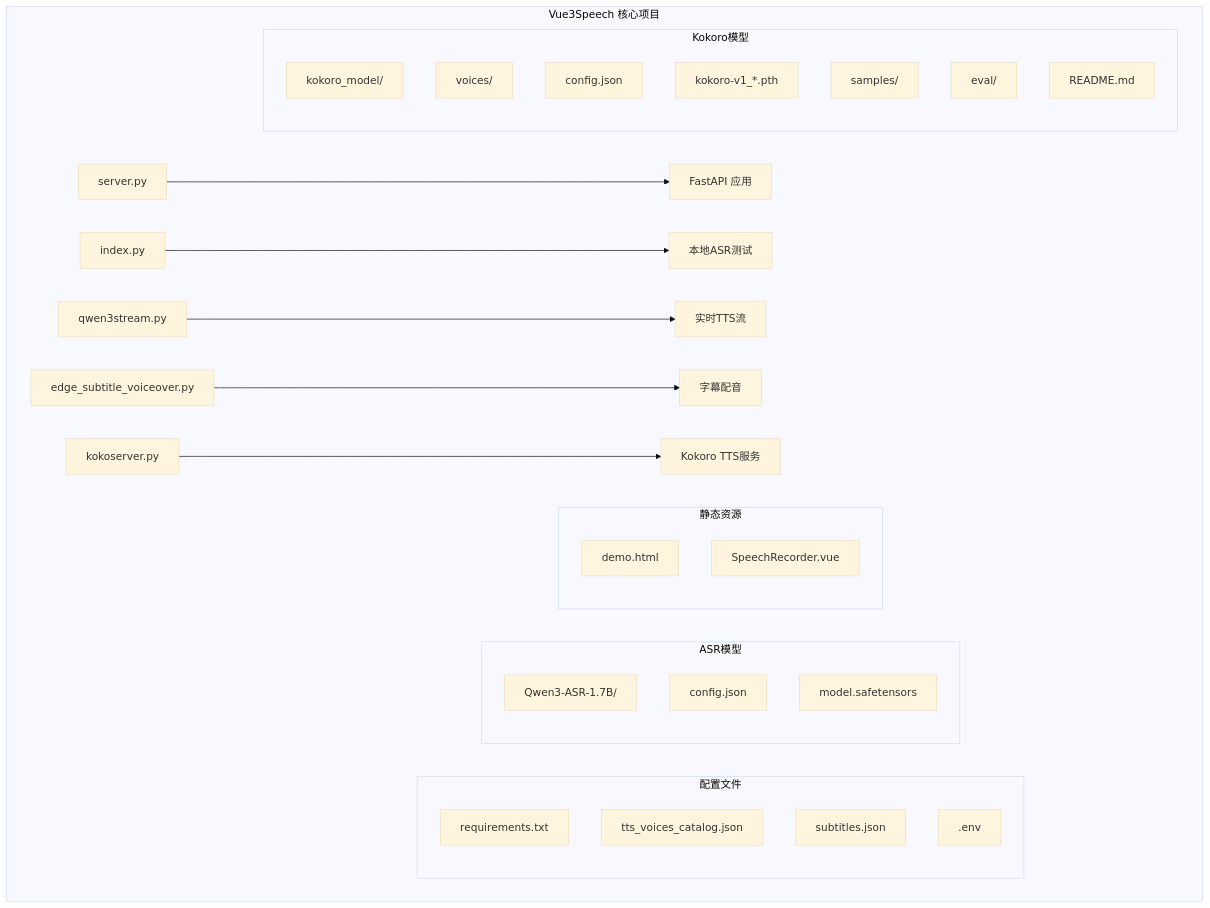
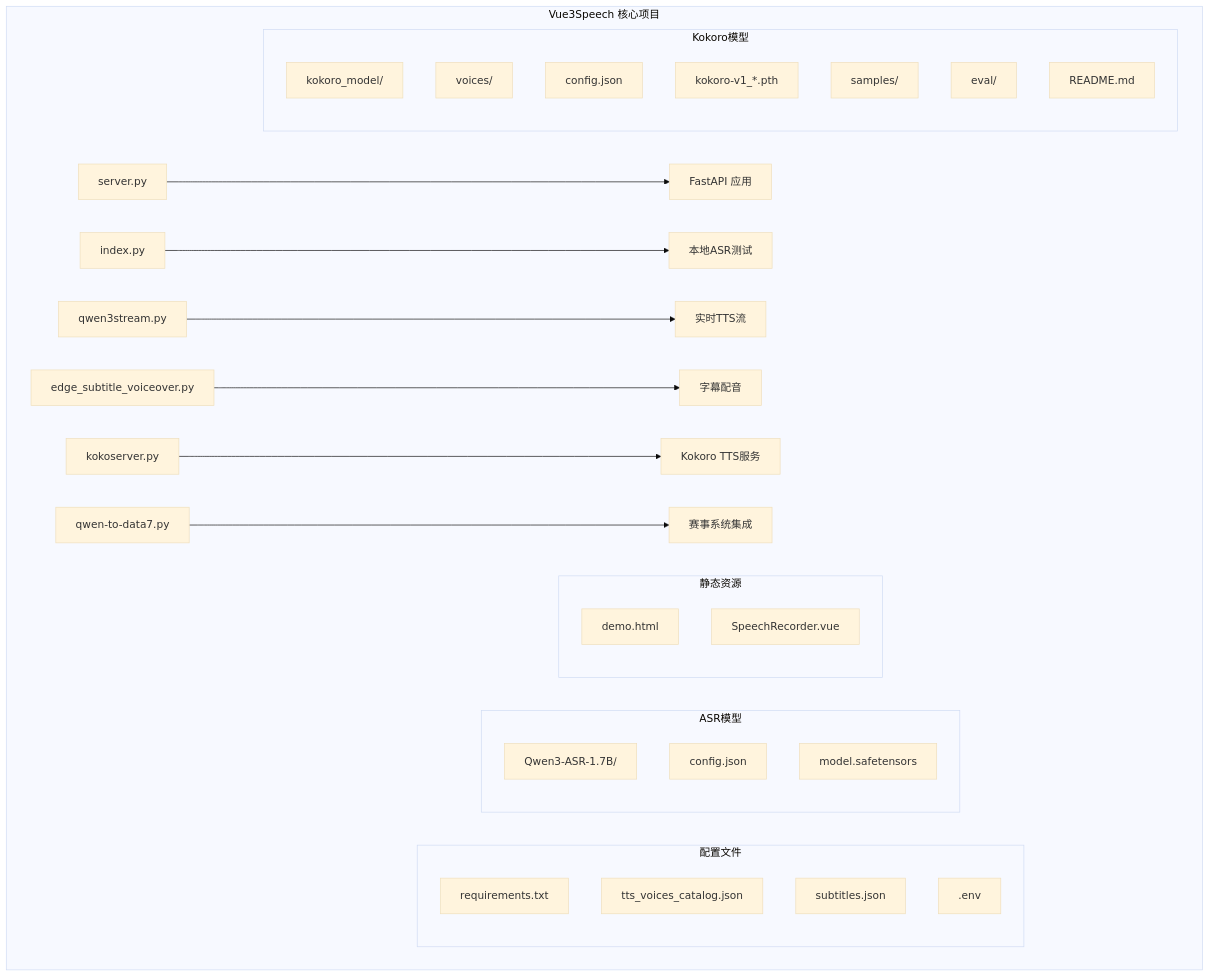
One commit to 1024dashen/Vue3Speech changed the first of 14 diagrams in .qoder/repowiki/zh/content/后端服务架构/后端服务架构.md. Above: the diagram before and after it, drawn with Mermaid (base theme). The commit also changed other lines of this file and 13 other files, not shown here.

````diff
--- a/.qoder/repowiki/zh/content/后端服务架构/后端服务架构.md
+++ b/.qoder/repowiki/zh/content/后端服务架构/后端服务架构.md
@@ -58,34 +54,35 @@
 ```mermaid
 graph TB
 subgraph "Vue3Speech 核心项目"
 A[server.py] --> B[FastAPI 应用]
 C[index.py] --> D[本地ASR测试]
 E[qwen3stream.py] --> F[实时TTS流]
 G[edge_subtitle_voiceover.py] --> H[字幕配音]
 I[kokoserver.py] --> J[Kokoro TTS服务]
+K[qwen-to-data7.py] --> L[赛事系统集成]
 subgraph "配置文件"
-K[requirements.txt]
-L[tts_voices_catalog.json]
-M[subtitles.json]
-N[.env]
+M[requirements.txt]
+N[tts_voices_catalog.json]
+O[subtitles.json]
+P[.env]
 end
 subgraph "ASR模型"
-O[Qwen3-ASR-1.7B/]
-P[config.json]
-Q[model.safetensors]
+Q[Qwen3-ASR-1.7B/]
+R[config.json]
+S[model.safetensors]
 end
 subgraph "静态资源"
-R[demo.html]
-S[SpeechRecorder.vue]
+T[demo.html]
+U[SpeechRecorder.vue]
 end
 subgraph "Kokoro模型"
-T[kokoro_model/]
-U[voices/]
-V[config.json]
-W[kokoro-v1_*.pth]
-X[samples/]
-Y[eval/]
-Z[README.md]
+V[kokoro_model/]
+W[voices/]
+X[config.json]
+Y[kokoro-v1_*.pth]
+Z[samples/]
+AA[eval/]
+BB[README.md]
 end
 end
 ```
````
